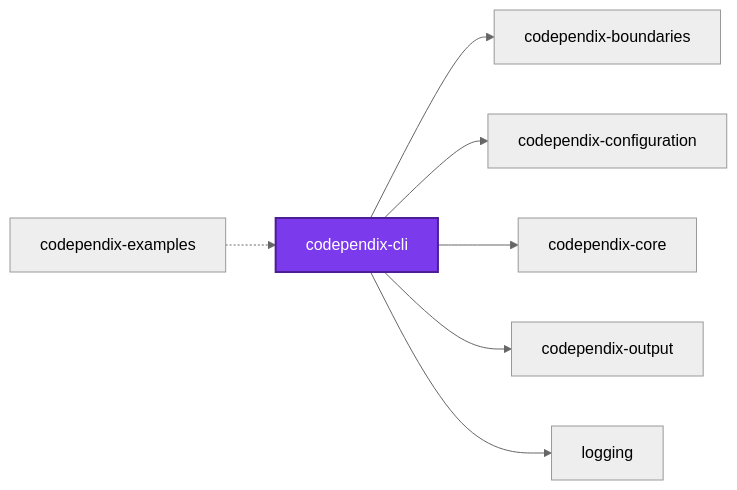
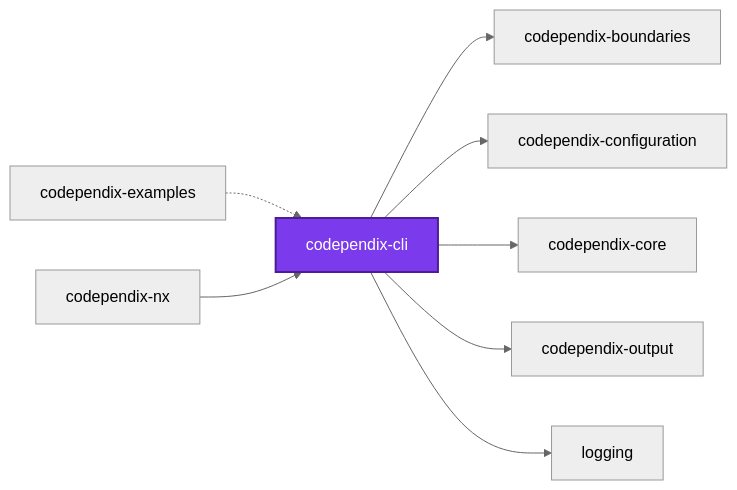
Before and after one commit to Organizzolini/codebase: the first of 3 diagrams in packages/ic-suite/codependix/codependix-cli/README.md, drawn with Mermaid (neutral theme). The commit also changed other lines of this file and 13 other files, not shown here.

````diff
--- a/packages/ic-suite/codependix/codependix-cli/README.md
+++ b/packages/ic-suite/codependix/codependix-cli/README.md
@@ -229,18 +230,20 @@
 ```mermaid
 graph LR
   codependix_boundaries["codependix-boundaries"]
   codependix_cli["codependix-cli"]
   codependix_configuration["codependix-configuration"]
   codependix_core["codependix-core"]
   codependix_examples["codependix-examples"]
+  codependix_nx["codependix-nx"]
   codependix_output["codependix-output"]
   logging["logging"]
   codependix_cli --> codependix_boundaries
   codependix_cli --> codependix_configuration
   codependix_cli --> codependix_core
   codependix_cli --> codependix_output
   codependix_cli --> logging
   codependix_examples -.-> codependix_cli
+  codependix_nx --> codependix_cli
   classDef subject fill:#7c3aed,color:#fff,stroke:#4c1d95,stroke-width:2px
   class codependix_cli subject
 ```
````
